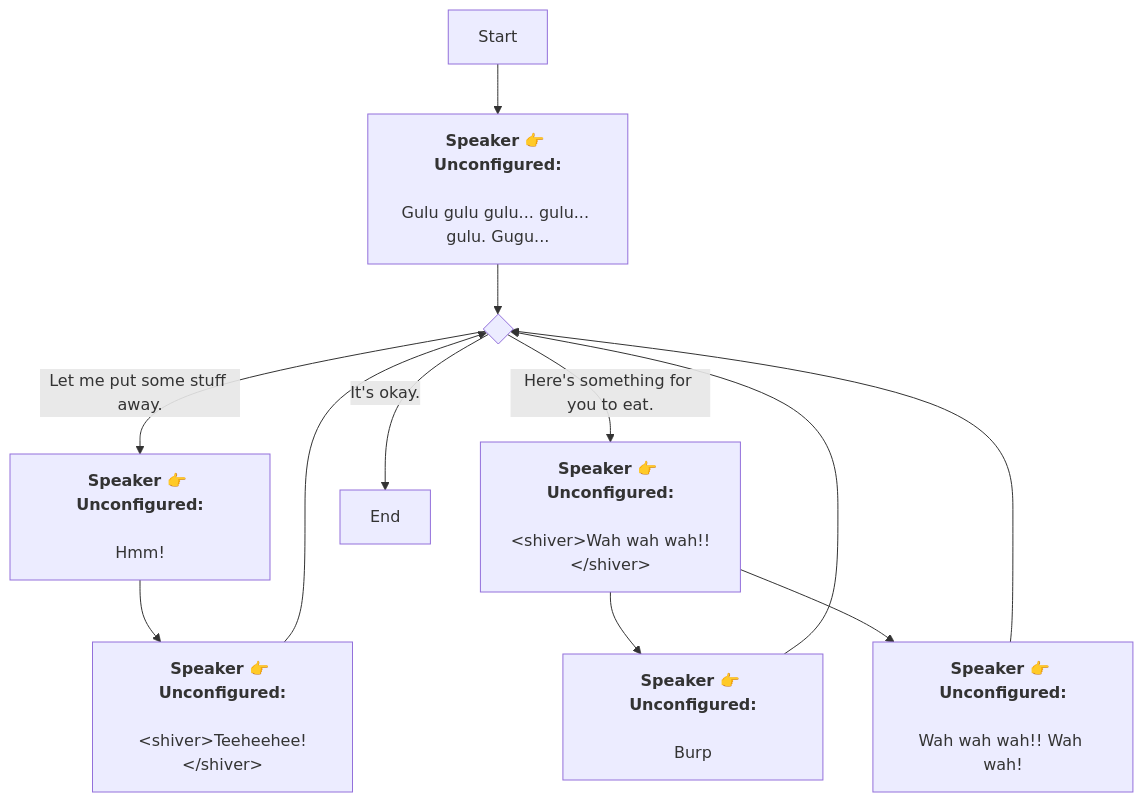
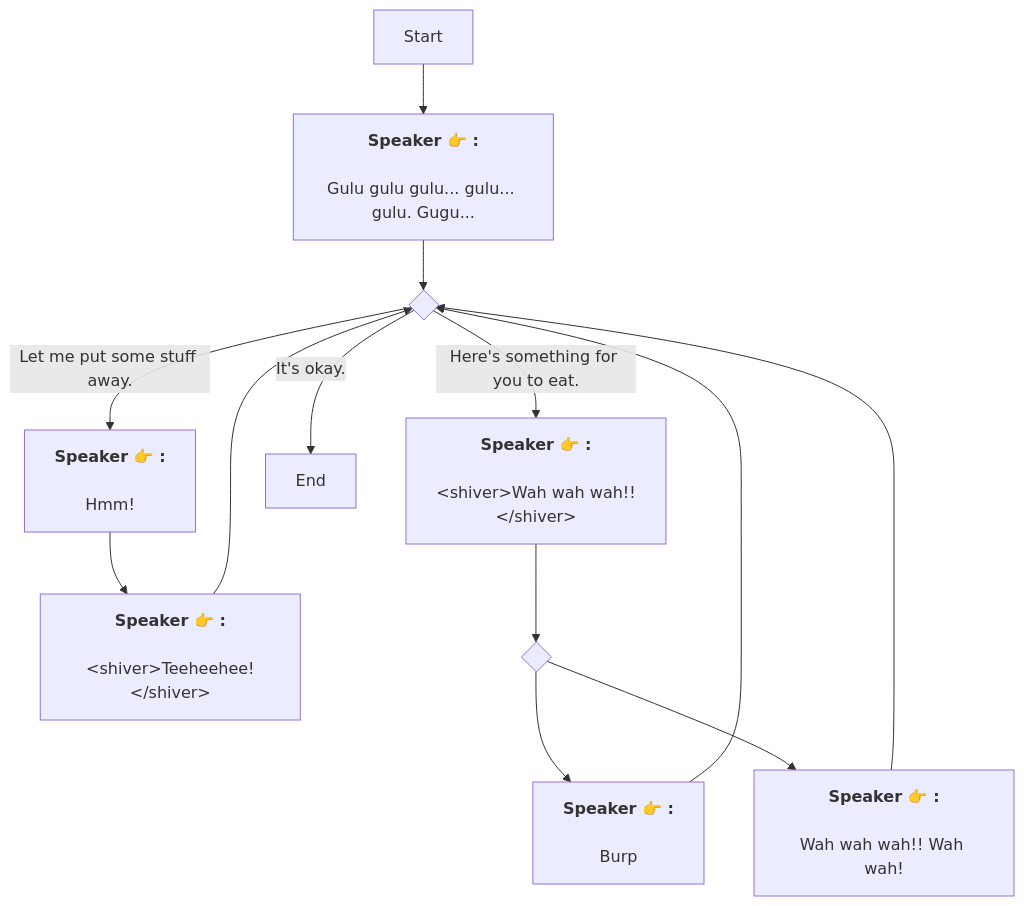
One commit to SoftHu/tos_avg changed the diagram in En/StorageYokai.md. Above: the diagram before and after it, drawn with Mermaid. The commit also changed 737 other files, not shown here.

````diff
--- a/En/StorageYokai.md
+++ b/En/StorageYokai.md
@@ -1,27 +1,22 @@
 ```mermaid
 graph
-Start -->1752084604837205[<b>Speaker 👉 Unconfigured:</b>
+Start -->1752084604837205[<b>Speaker 👉 :</b>
+\nGulu gulu gulu... gulu... gulu. Gugu...]
+1752084604837205 -->438021151209301{ }
+1752084710409563 -->1752084894755167[<b>Speaker 👉 :</b>
+\n&lt;shiver&gt;Teeheehee!&lt;/shiver&gt;]
+438021151209301 -->|Let me put some stuff away.|1752084710409563[<b>Speaker 👉 :</b>
+\nHmm!]
+438021151209301 -->|Here's something for you to eat.|1752084779787612[<b>Speaker 👉 :</b>
+\n&lt;shiver&gt;Wah wah wah!!&lt;/shiver&gt;]
+438021151209301 -->|It's okay.|1752084951119202[End]
+1752084894755167 -->438021151209301{ }
+1752084779787612 -->1752153236225377{ }
+1752153236225377 -->1752084858577246[<b>Speaker 👉 :</b>
+\nBurp]
+1752153236225377 -->1752153314952546[<b>Speaker 👉 :</b>
+\nWah wah wah!! Wah wah!]
+1752084858577246 -->438021151209301{ }
+1752153314952546 -->438021151209301{ }
 
-Gulu gulu gulu... gulu... gulu. Gugu...]
-1752084604837205 -->1752084651924822{ }
-1752084651924822 -->|Let me put some stuff away.|1752084710409563[<b>Speaker 👉 Unconfigured:</b>
-
-Hmm!]
-1752084651924822 -->|Here's something for you to eat.|1752084779787612[<b>Speaker 👉 Unconfigured:</b>
-
-&lt;shiver&gt;Wah wah wah!!&lt;/shiver&gt;]
-1752084651924822 -->|It's okay.|1752084951119202[End]
-1752084710409563 -->1752084894755167[<b>Speaker 👉 Unconfigured:</b>
-
-&lt;shiver&gt;Teeheehee!&lt;/shiver&gt;]
-1752084894755167 -->1752084651924822{ }
-1752084779787612 -->1752084858577246[<b>Speaker 👉 Unconfigured:</b>
-
-Burp]
-1752084779787612 -->1752153314952546[<b>Speaker 👉 Unconfigured:</b>
-
-Wah wah wah!! Wah wah!]
-1752084858577246 -->1752084651924822{ }
-1752153314952546 -->1752084651924822{ }
-
- ```
+```
````
